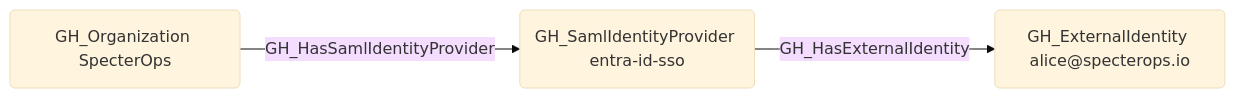
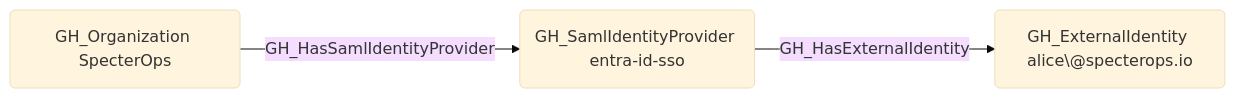
The diagram in docs/opengraph/extensions/githound/reference/edges/gh_hassamlidentityprovider.mdx (SpecterOps/bloodhound-docs), drawn with Mermaid (base theme) before and after one commit. The commit also changed 5 other files, not shown here.

Commit message:
fix mermaid diagrams with @

````diff
--- a/docs/opengraph/extensions/githound/reference/edges/gh_hassamlidentityprovider.mdx
+++ b/docs/opengraph/extensions/githound/reference/edges/gh_hassamlidentityprovider.mdx
@@ -18,8 +18,8 @@
 ```mermaid
 graph LR
     node1("GH_Organization SpecterOps")
     node2("GH_SamlIdentityProvider entra-id-sso")
-    node3("GH_ExternalIdentity alice@specterops.io")
+    node3("GH_ExternalIdentity alice\@specterops.io")
     node1 -- GH_HasSamlIdentityProvider --> node2
     node2 -- GH_HasExternalIdentity --> node3
 ```
````
